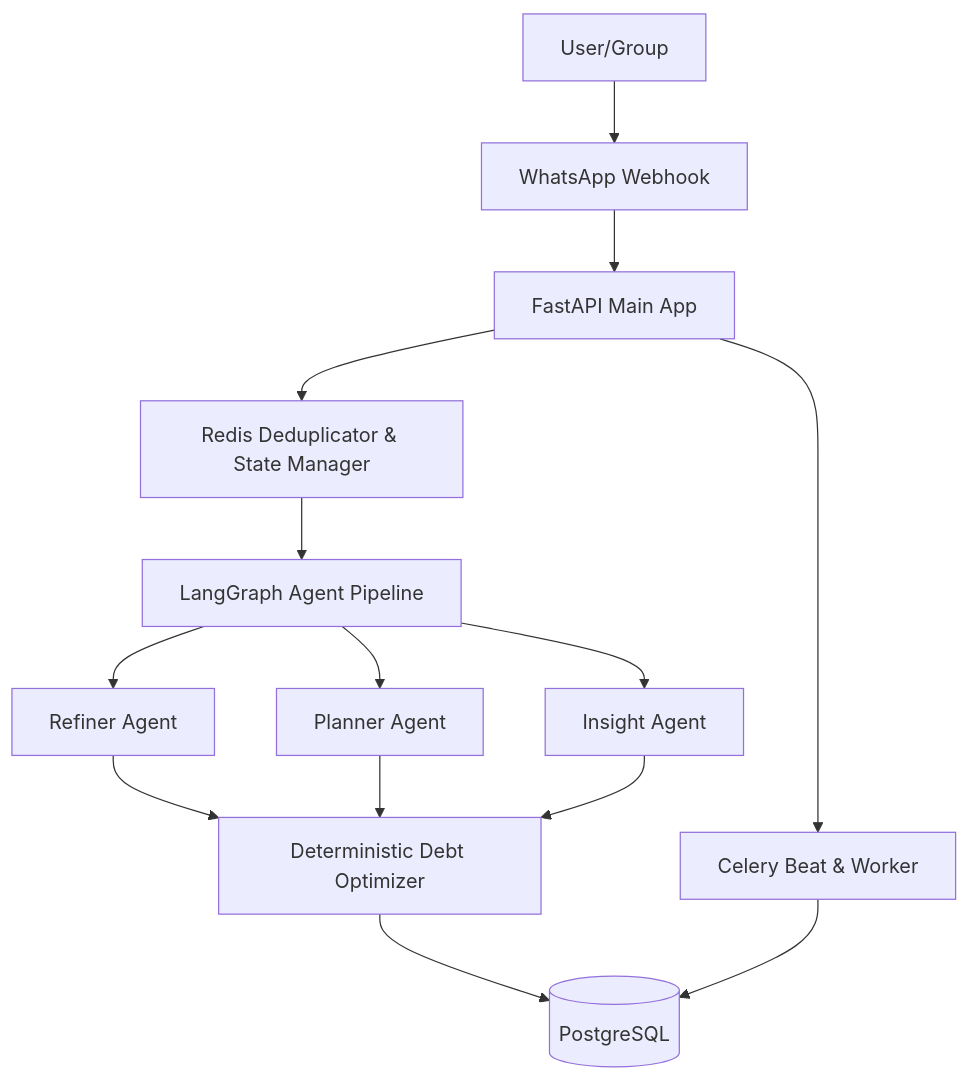
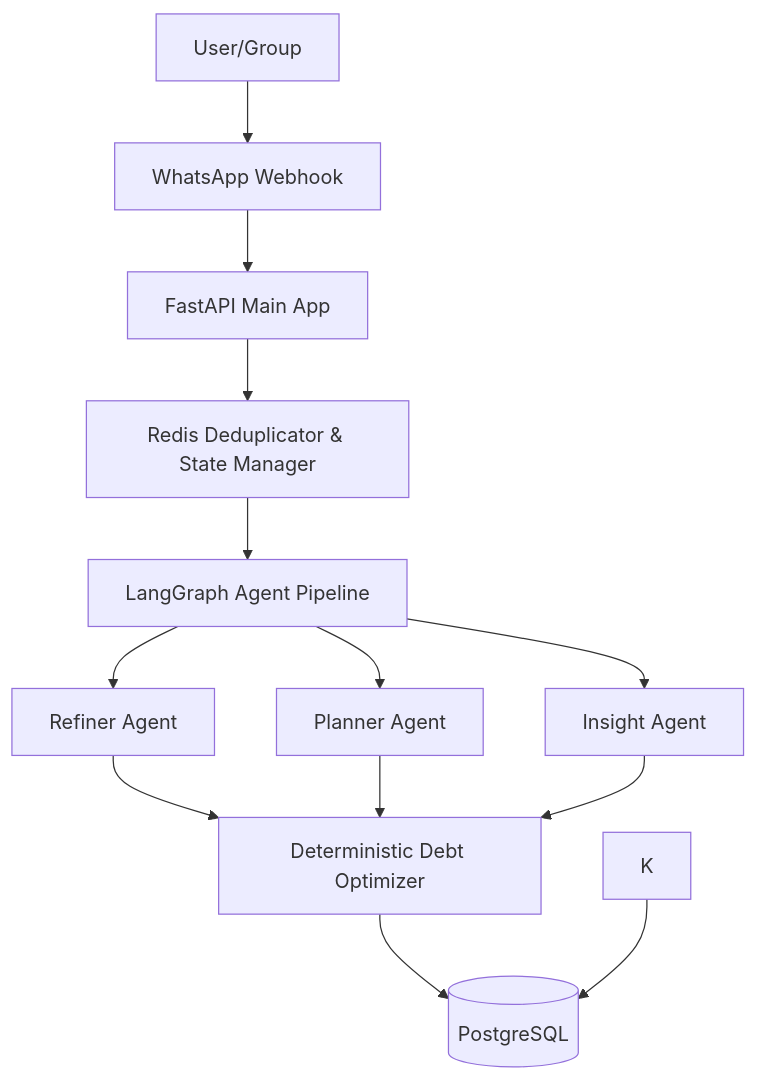
Before and after one commit to Samiksha-Lohia/KharchaSaathi: the second of 3 diagrams in README.md, drawn with Mermaid. The commit also changed other lines of this file, not shown here.

````diff
--- a/README.md
+++ b/README.md
@@ -111,15 +94,14 @@
 ```mermaid
 flowchart TD
 
 A[User/Group] --> B[WhatsApp Webhook]
 B --> C[FastAPI Main App]
 C --> D[Redis Deduplicator & State Manager]
 D --> E[LangGraph Agent Pipeline]
 E --> F[Refiner Agent]
 E --> G[Planner Agent]
 E --> H[Insight Agent]
 F & G & H --> I[Deterministic Debt Optimizer]
 I --> J[(PostgreSQL)]
-C --> K[Celery Beat & Worker]
 K --> J
 ```
````
